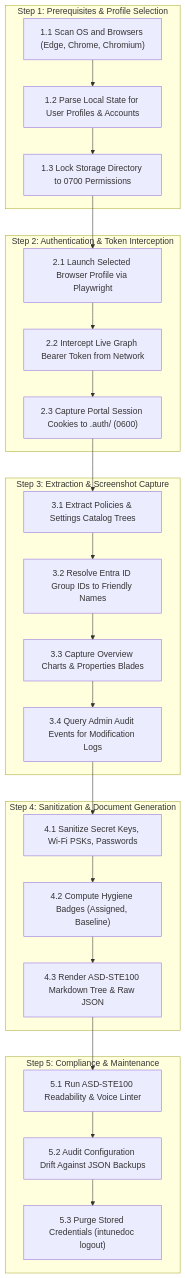
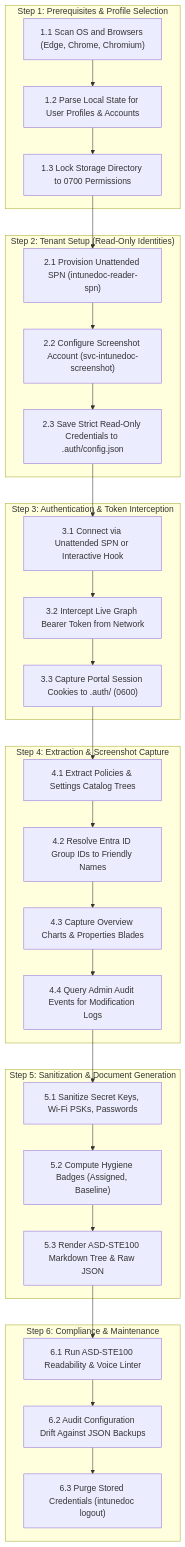
One commit to leifdavisson/intune-visual-doc changed the diagram in README.md. Above: the diagram before and after it, drawn with Mermaid. The commit also changed other lines of this file and 16 other files, not shown here.

Commit message:
feat(setup): add dedicated read-only SPN and screenshot maker setup wizard with ADR 0011

````diff
--- a/README.md
+++ b/README.md
@@ -24,43 +24,51 @@
 ```mermaid
 flowchart TD
     subgraph E1["Step 1: Prerequisites & Profile Selection"]
         E1A["1.1 Scan OS and Browsers (Edge, Chrome, Chromium)"]
         E1B["1.2 Parse Local State for User Profiles & Accounts"]
         E1C["1.3 Lock Storage Directory to 0700 Permissions"]
         E1A --> E1B --> E1C
     end
 
-    subgraph E2["Step 2: Authentication & Token Interception"]
-        E2A["2.1 Launch Selected Browser Profile via Playwright"]
-        E2B["2.2 Intercept Live Graph Bearer Token from Network"]
-        E2C["2.3 Capture Portal Session Cookies to .auth/ (0600)"]
+    subgraph E2["Step 2: Tenant Setup (Read-Only Identities)"]
+        E2A["2.1 Provision Unattended SPN (intunedoc-reader-spn)"]
+        E2B["2.2 Configure Screenshot Account (svc-intunedoc-screenshot)"]
+        E2C["2.3 Save Strict Read-Only Credentials to .auth/config.json"]
         E2A --> E2B --> E2C
     end
 
-    subgraph E3["Step 3: Extraction & Screenshot Capture"]
-        E3A["3.1 Extract Policies & Settings Catalog Trees"]
-        E3B["3.2 Resolve Entra ID Group IDs to Friendly Names"]
-        E3C["3.3 Capture Overview Charts & Properties Blades"]
-        E3D["3.4 Query Admin Audit Events for Modification Logs"]
-        E3A --> E3B --> E3C --> E3D
+    subgraph E3["Step 3: Authentication & Token Interception"]
+        E3A["3.1 Connect via Unattended SPN or Interactive Hook"]
+        E3B["3.2 Intercept Live Graph Bearer Token from Network"]
+        E3C["3.3 Capture Portal Session Cookies to .auth/ (0600)"]
+        E3A --> E3B --> E3C
     end
 
-    subgraph E4["Step 4: Sanitization & Document Generation"]
-        E4A["4.1 Sanitize Secret Keys, Wi-Fi PSKs, Passwords"]
-        E4B["4.2 Compute Hygiene Badges (Assigned, Baseline)"]
-        E4C["4.3 Render ASD-STE100 Markdown Tree & Raw JSON"]
-        E4A --> E4B --> E4C
+    subgraph E4["Step 4: Extraction & Screenshot Capture"]
+        E4A["4.1 Extract Policies & Settings Catalog Trees"]
+        E4B["4.2 Resolve Entra ID Group IDs to Friendly Names"]
+        E4C["4.3 Capture Overview Charts & Properties Blades"]
+        E4D["4.4 Query Admin Audit Events for Modification Logs"]
+        E4A --> E4B --> E4C --> E4D
     end
 
-    subgraph E5["Step 5: Compliance & Maintenance"]
-        E5A["5.1 Run ASD-STE100 Readability & Voice Linter"]
-        E5B["5.2 Audit Configuration Drift Against JSON Backups"]
-        E5C["5.3 Purge Stored Credentials (intunedoc logout)"]
+    subgraph E5["Step 5: Sanitization & Document Generation"]
+        E5A["5.1 Sanitize Secret Keys, Wi-Fi PSKs, Passwords"]
+        E5B["5.2 Compute Hygiene Badges (Assigned, Baseline)"]
+        E5C["5.3 Render ASD-STE100 Markdown Tree & Raw JSON"]
         E5A --> E5B --> E5C
+    end
+
+    subgraph E6["Step 6: Compliance & Maintenance"]
+        E6A["6.1 Run ASD-STE100 Readability & Voice Linter"]
+        E6B["6.2 Audit Configuration Drift Against JSON Backups"]
+        E6C["6.3 Purge Stored Credentials (intunedoc logout)"]
+        E6A --> E6B --> E6C
     end
 
     E1C --> E2A
     E2C --> E3A
-    E3D --> E4A
-    E4C --> E5A
+    E3C --> E4A
+    E4D --> E5A
+    E5C --> E6A
 ```
````
